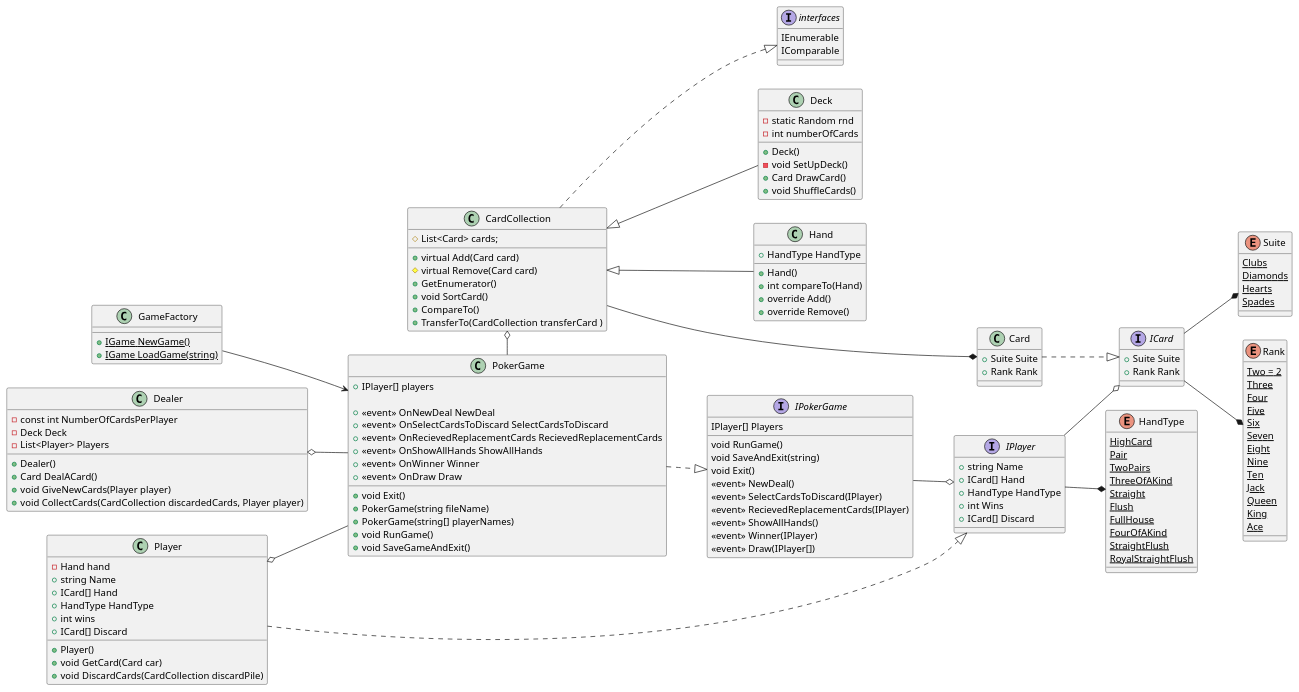
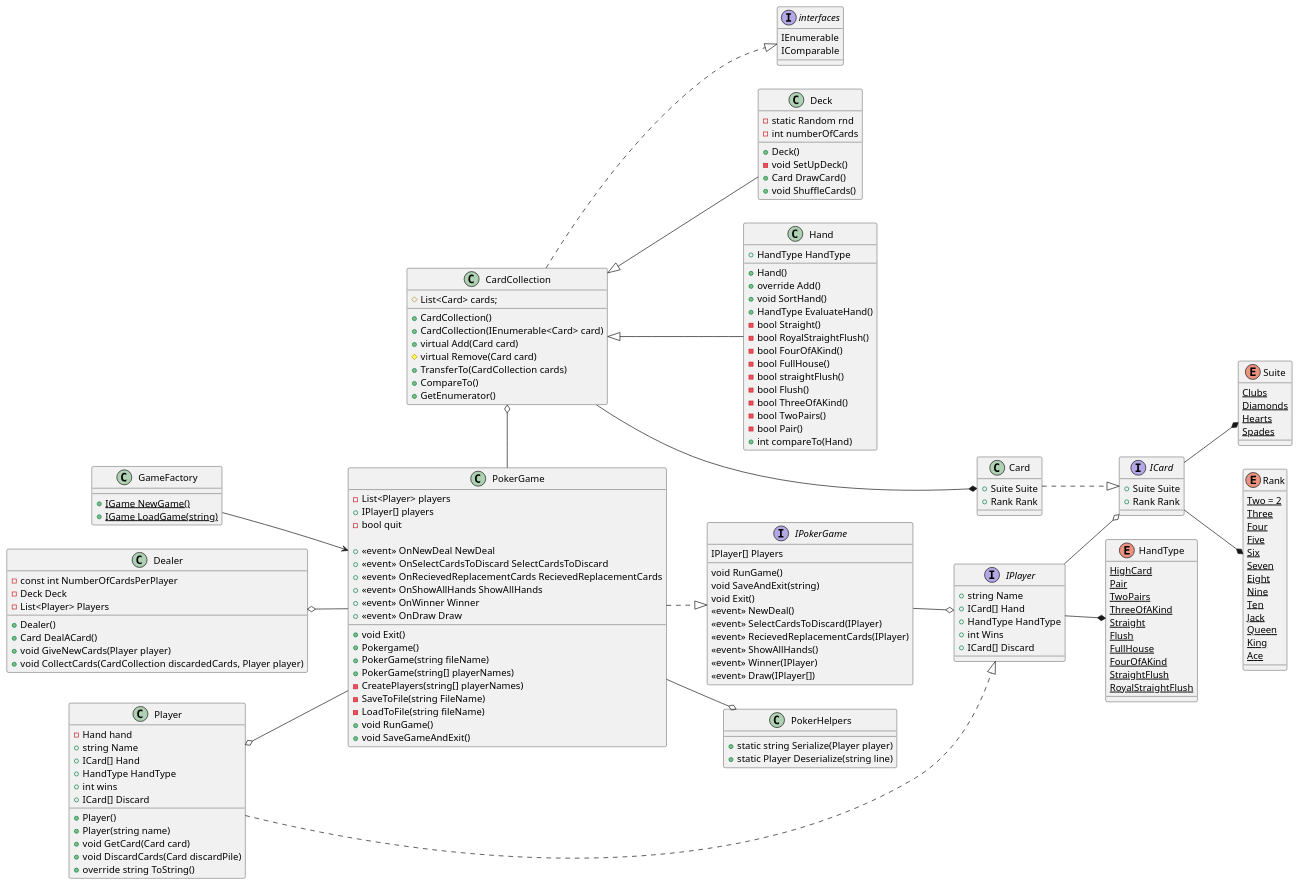
Before and after one commit to Nahd92/Poker: the diagram in PokerConsoleApp/design.wsd, drawn with PlantUML.

Commit message:
Ändrat lite i Design.wsd

```diff
--- a/PokerConsoleApp/design.wsd
+++ b/PokerConsoleApp/design.wsd
@@ -80,10 +80,16 @@
 
 
 class PokerGame{
-    + IPlayer[] players
+    - List<Player> players
+    + IPlayer[] players 
+    - bool quit
     + void Exit()
+    + Pokergame()
     + PokerGame(string fileName)
     + PokerGame(string[] playerNames)
+    - CreatePlayers(string[] playerNames)
+    - SaveToFile(string FileName)
+    - LoadToFile(string fileName)
     + void RunGame()
     + void SaveGameAndExit()
 
@@ -95,6 +101,12 @@
     + <<event>> OnDraw Draw
 }
 
+class PokerHelpers{
++ static string Serialize(Player player)
++ static Player Deserialize(string line)
+}
+
+
 interface interfaces
 {
 IEnumerable
@@ -105,24 +117,28 @@
 class CardCollection
 {
 # List<Card> cards;
++ CardCollection()
++ CardCollection(IEnumerable<Card> card)
 + virtual Add(Card card)
 # virtual Remove(Card card)
++ TransferTo(CardCollection cards)
++ CompareTo()
 + GetEnumerator()
-+ void SortCard()
-+ CompareTo()
-+ TransferTo(CardCollection transferCard )
+
 }
 
 class Player {
-+ Player()
 - Hand hand
 + string Name
 + ICard[] Hand 
 + HandType HandType
 + int wins
++ Player()
 + ICard[] Discard
-+ void GetCard(Card car)
-+ void DiscardCards(CardCollection discardPile)
++ Player(string name)
++ void GetCard(Card card)
++ void DiscardCards(Card discardPile)
++ override string ToString()
 }
 
 class Dealer
@@ -141,6 +157,7 @@
 CardCollection o- PokerGame
 CardCollection <|-- Deck
 CardCollection <|-- Hand
+PokerGame --o PokerHelpers
 CardCollection --*  Card 
 Player ..|> IPlayer
 Card ..|> ICard
@@ -166,9 +183,19 @@
 class Hand{
 + HandType HandType
 + Hand()
++ override Add()
++ void SortHand()
++ HandType EvaluateHand()
+- bool Straight()
+- bool RoyalStraightFlush()
+- bool FourOfAKind()
+- bool FullHouse()
+- bool straightFlush()
+- bool Flush()
+- bool ThreeOfAKind()
+- bool TwoPairs()
+- bool Pair()
 + int compareTo(Hand)
-+ override Add()
-+ override Remove()
 }
 
 
```
